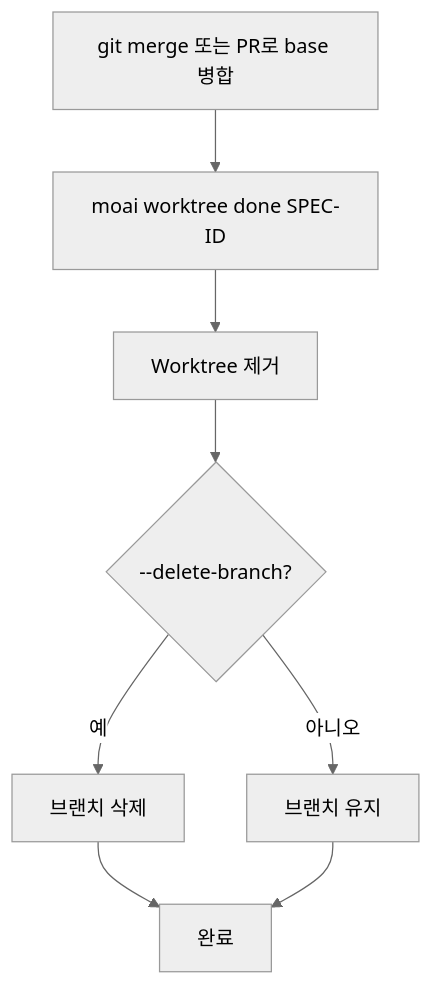
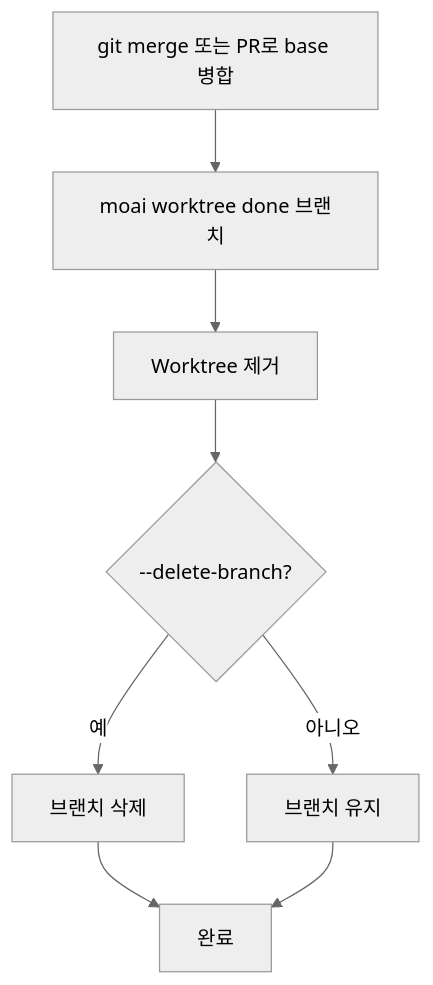
Before and after one commit to modu-ai/moai-adk: the fifth of 9 diagrams in docs-site/content/ko/worktree/faq.md, drawn with Mermaid (neutral theme). The commit also changed other lines of this file and 35 other files, not shown here.

````diff
--- a/docs-site/content/ko/worktree/faq.md
+++ b/docs-site/content/ko/worktree/faq.md
@@ -224,10 +244,10 @@
 ```mermaid
 flowchart TD
-    A[git merge 또는 PR로 base 병합] --> B[moai worktree done SPEC-ID]
+    A[git merge 또는 PR로 base 병합] --> B[moai worktree done 브랜치]
     B --> C[Worktree 제거]
     C --> D{--delete-branch?}
     D -->|예| E[브랜치 삭제]
     D -->|아니오| F[브랜치 유지]
     E --> G[완료]
     F --> G[완료]
 ```
````
